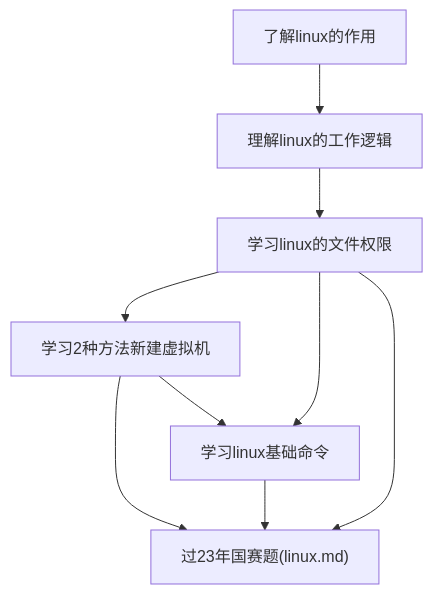
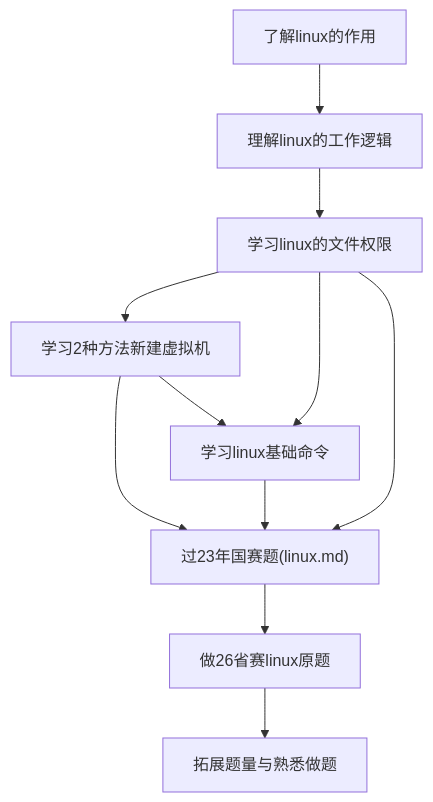
The diagram in linux_note/README_linux.md (ICrazybabyI/note), drawn with Mermaid before and after one commit.

Commit message:
vault backup: 2026-04-26 21:54:47

````diff
--- a/linux_note/README_linux.md
+++ b/linux_note/README_linux.md
@@ -2,11 +2,13 @@
 ```mermaid
 graph TD;
   A["了解linux的作用"] --> B["理解linux的工作逻辑"];
   B --> C["学习linux的文件权限"];
   C --> D["学习2种方法新建虚拟机"];
   C --> E["学习linux基础命令"];
   E --> F["过23年国赛题(linux.md)"];
   C --> F;
   D --> F;
-  D --> E
+  D --> E;
+  F --> G["做26省赛linux原题"];
+  G --> H["拓展题量与熟悉做题"];
 ```
````
